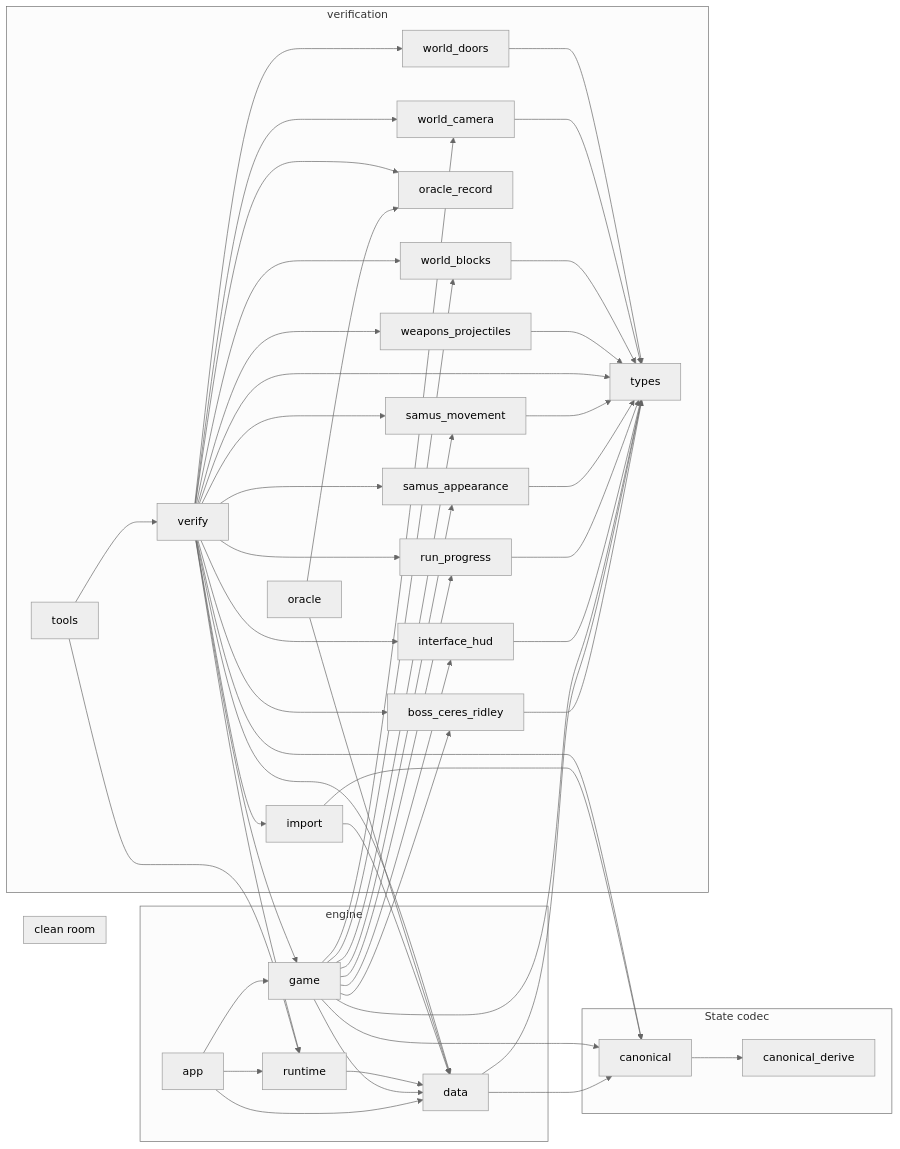
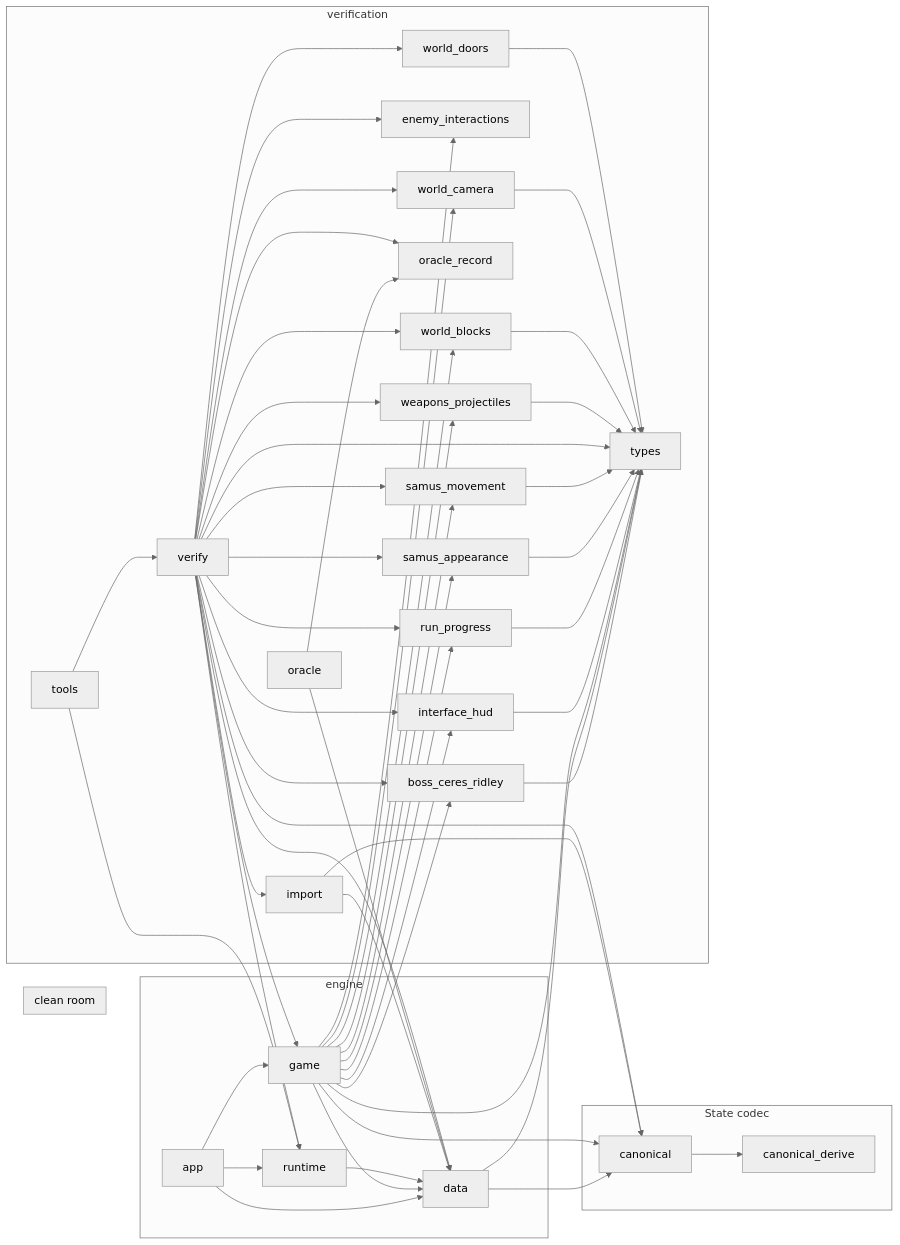
The second of 12 diagrams in docs/REPORT.md (JimLundin/sm-decomp), drawn with Mermaid (neutral theme) before and after one commit. The commit also changed other lines of this file and 65 other files, not shown here.

```diff
--- a/docs/REPORT.md
+++ b/docs/REPORT.md
@@ -1102,6 +1138,7 @@
   end
   subgraph verification["verification"]
     c_boss_ceres_ridley["boss_ceres_ridley"]
+    c_enemy_interactions["enemy_interactions"]
     c_import["import"]
     c_interface_hud["interface_hud"]
     c_oracle["oracle"]
@@ -1127,11 +1164,13 @@
   c_game --> c_boss_ceres_ridley
   c_game --> c_canonical
   c_game --> c_data
+  c_game --> c_enemy_interactions
   c_game --> c_interface_hud
   c_game --> c_run_progress
   c_game --> c_samus_appearance
   c_game --> c_samus_movement
   c_game --> c_types
+  c_game --> c_weapons_projectiles
   c_game --> c_world_blocks
   c_game --> c_world_camera
   c_import --> c_canonical
@@ -1148,6 +1187,7 @@
   c_verify --> c_boss_ceres_ridley
   c_verify --> c_canonical
   c_verify --> c_data
+  c_verify --> c_enemy_interactions
   c_verify --> c_game
   c_verify --> c_import
   c_verify --> c_interface_hud
```
